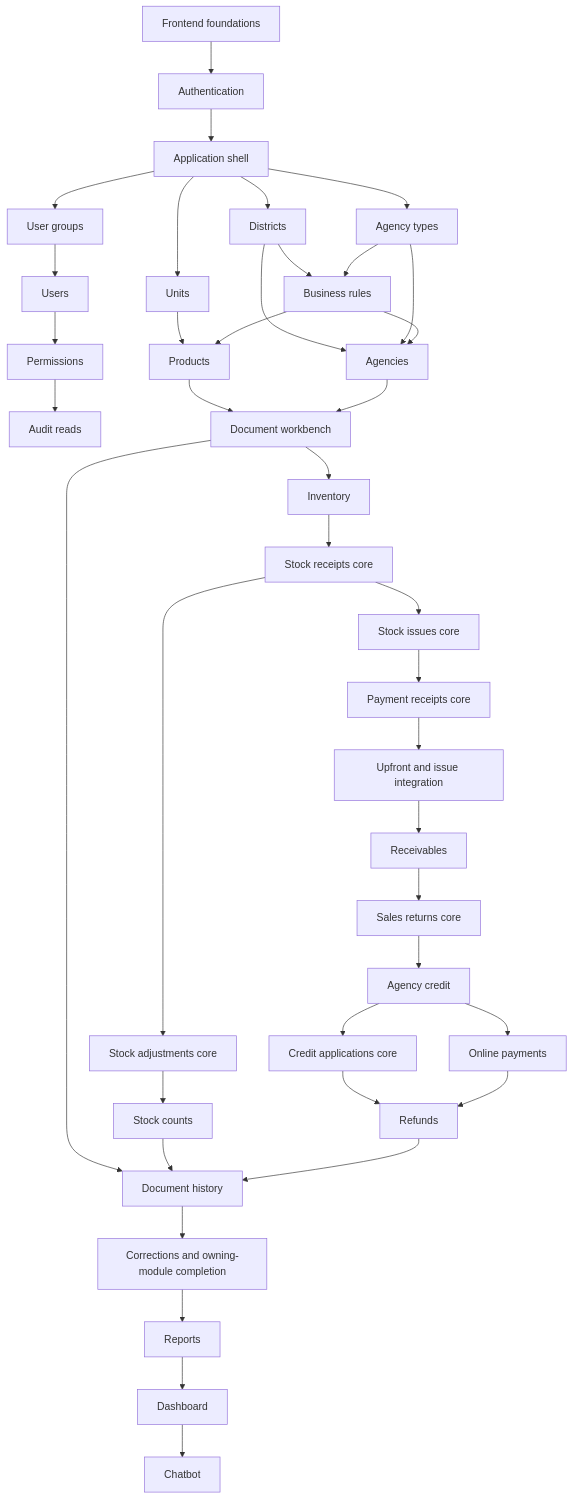
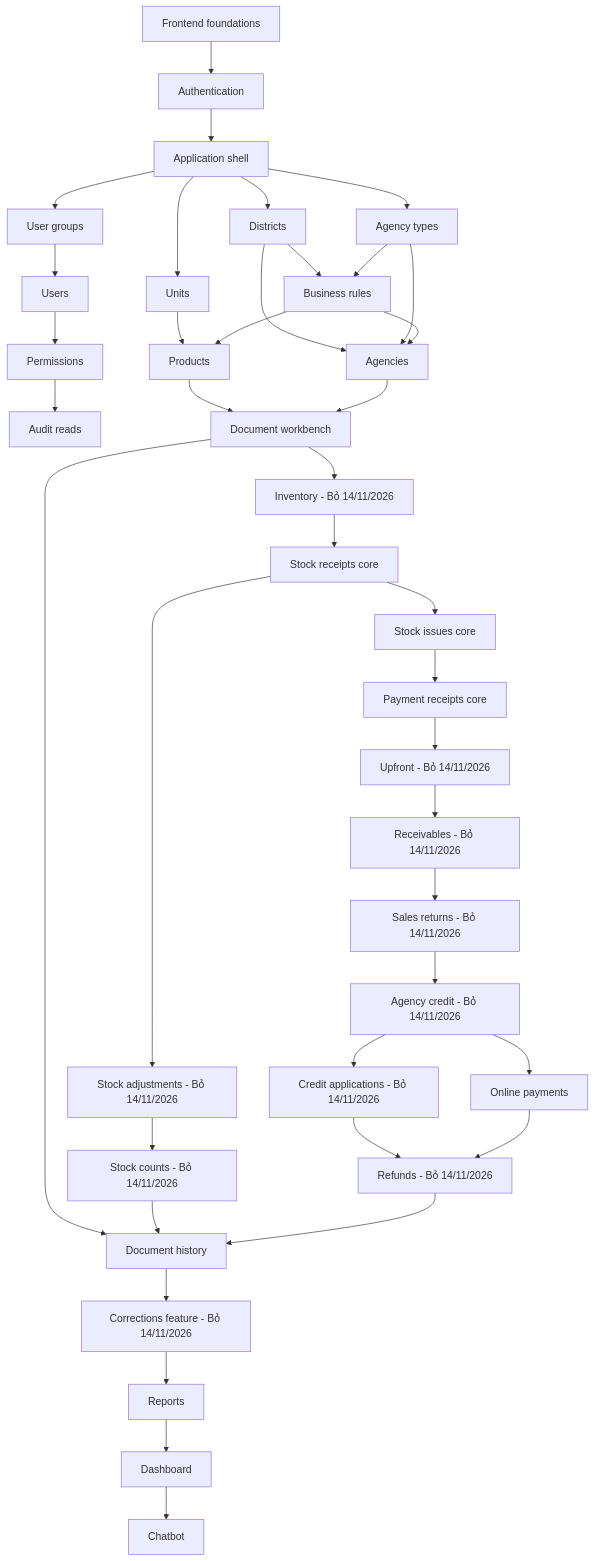
Before and after one commit to 2nguyen3/dealer-management-system: the diagram in openwiki/frontend-design/GENERAL_PLAN.md, drawn with Mermaid. The commit also changed other lines of this file and 18 other files, not shown here.

````diff
--- a/openwiki/frontend-design/GENERAL_PLAN.md
+++ b/openwiki/frontend-design/GENERAL_PLAN.md
@@ -300,42 +332,42 @@
 ```mermaid
 flowchart TD
   F01[Frontend foundations] --> F02[Authentication]
   F02 --> F03[Application shell]
   F03 --> F04[User groups]
   F04 --> F05[Users]
   F05 --> F06[Permissions]
   F06 --> F07[Audit reads]
   F03 --> F08[Districts]
   F03 --> F09[Agency types]
   F03 --> F10[Units]
   F08 --> F11[Business rules]
   F09 --> F11
   F10 --> F12[Products]
   F11 --> F12
   F08 --> F13[Agencies]
   F09 --> F13
   F11 --> F13
   F12 --> F14[Document workbench]
   F13 --> F14
-  F14 --> F15[Inventory]
+  F14 --> F15[Inventory - Bỏ 14/11/2026]
   F15 --> F16[Stock receipts core]
   F16 --> F17[Stock issues core]
   F17 --> F18[Payment receipts core]
-  F18 --> F19[Upfront and issue integration]
-  F19 --> F20[Receivables]
-  F16 --> F21[Stock adjustments core]
-  F21 --> F22[Stock counts]
-  F20 --> F23[Sales returns core]
-  F23 --> F24[Agency credit]
-  F24 --> F25[Credit applications core]
+  F18 --> F19[Upfront - Bỏ 14/11/2026]
+  F19 --> F20[Receivables - Bỏ 14/11/2026]
+  F16 --> F21[Stock adjustments - Bỏ 14/11/2026]
+  F21 --> F22[Stock counts - Bỏ 14/11/2026]
+  F20 --> F23[Sales returns - Bỏ 14/11/2026]
+  F23 --> F24[Agency credit - Bỏ 14/11/2026]
+  F24 --> F25[Credit applications - Bỏ 14/11/2026]
   F24 --> F26[Online payments]
-  F25 --> F27[Refunds]
+  F25 --> F27[Refunds - Bỏ 14/11/2026]
   F26 --> F27
   F14 --> F28[Document history]
   F22 --> F28
   F27 --> F28
-  F28 --> F29[Corrections and owning-module completion]
+  F28 --> F29[Corrections feature - Bỏ 14/11/2026]
   F29 --> F30[Reports]
   F30 --> F31[Dashboard]
   F31 --> F32[Chatbot]
 ```
````
